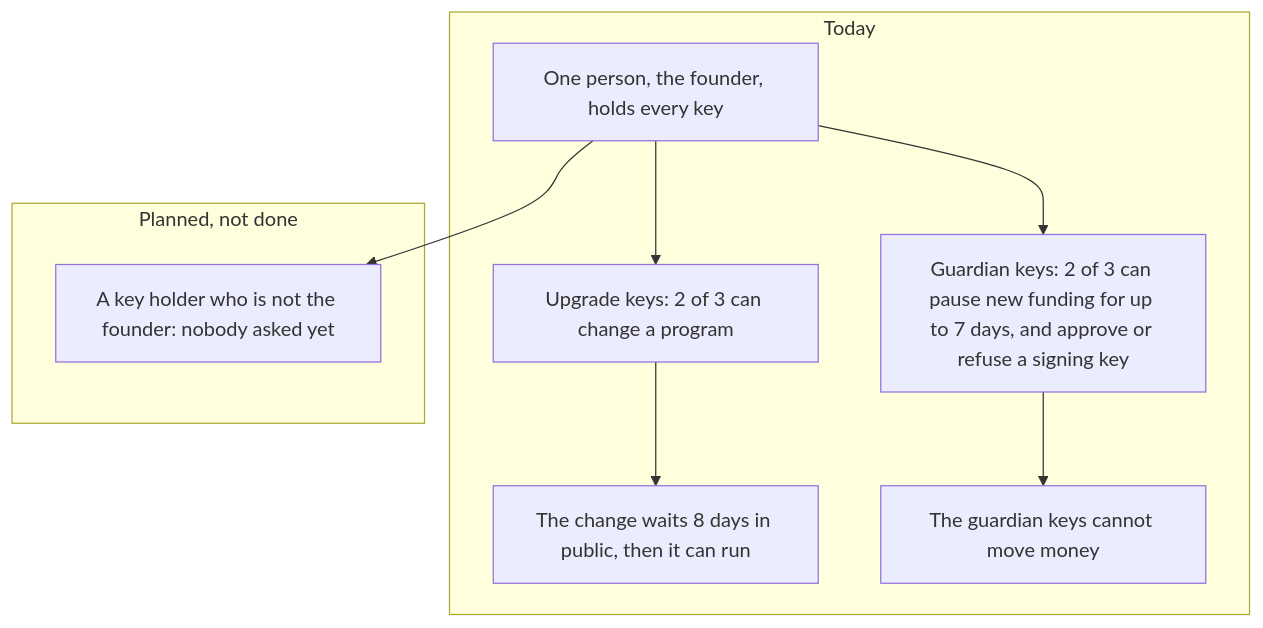
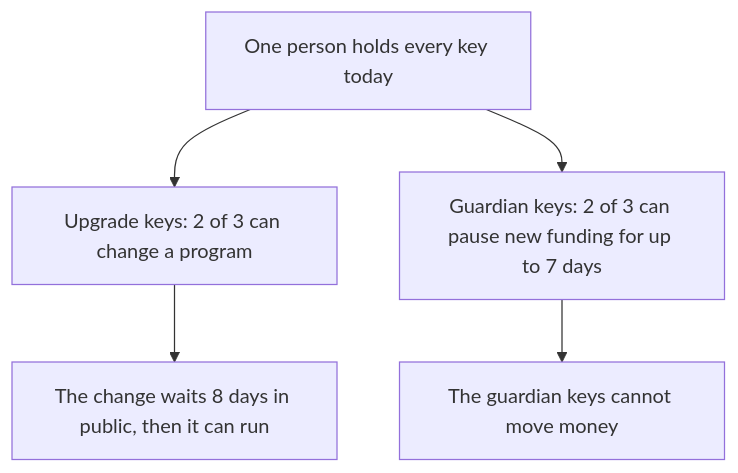
One commit to Lucho-design1/Knos changed the diagram in docs/reference/GOVERNANCE.md. Above: the diagram before and after it, drawn with Mermaid. The commit also changed other lines of this file and 365 other files, not shown here.

First line of the commit message:
The public docs keep what a user needs: 63 reference pages deleted or merged, the README diagrams match the product

````diff
--- a/docs/reference/GOVERNANCE.md
+++ b/docs/reference/GOVERNANCE.md
@@ -7,16 +7,10 @@
 ```mermaid
 flowchart TB
-    subgraph today["Today"]
-        founder["One person, the founder, holds every key"]
-        upgrade["Upgrade keys: 2 of 3 can change a program"]
-        wait["The change waits 8 days in public, then it can run"]
-        guardian["Guardian keys: 2 of 3 can pause new funding for up to 7 days, and approve or refuse a signing key"]
-        nomoney["The guardian keys cannot move money"]
-        founder --> upgrade --> wait
-        founder --> guardian --> nomoney
-    end
-    subgraph plan["Planned, not done"]
-        outside["A key holder who is not the founder: nobody asked yet"]
-    end
-    founder --> outside
+    founder["One person holds every key today"]
+    upgrade["Upgrade keys: 2 of 3 can change a program"]
+    wait["The change waits 8 days in public, then it can run"]
+    guardian["Guardian keys: 2 of 3 can pause new funding for up to 7 days"]
+    nomoney["The guardian keys cannot move money"]
+    founder --> upgrade --> wait
+    founder --> guardian --> nomoney
 ```
````
